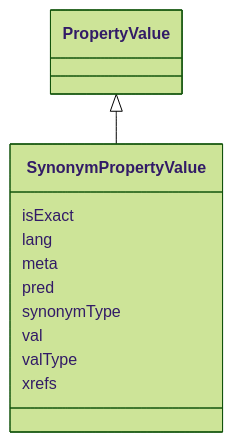
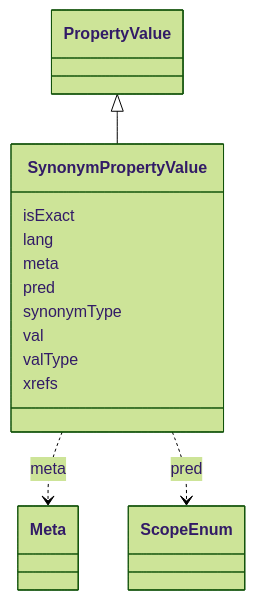
Before and after one commit to INCATools/ontology-access-kit: the diagram in obograph/SynonymPropertyValue.md, drawn with Mermaid (forest theme). The commit also changed other lines of this file and 1783 other files, not shown here.

````diff
--- a/obograph/SynonymPropertyValue.md
+++ b/obograph/SynonymPropertyValue.md
@@ -11,15 +11,27 @@
 ```{mermaid}
  classDiagram
     class SynonymPropertyValue
       PropertyValue <|-- SynonymPropertyValue
       
       SynonymPropertyValue : isExact
+        
       SynonymPropertyValue : lang
+        
       SynonymPropertyValue : meta
+        
+          SynonymPropertyValue ..> Meta : meta
+        
       SynonymPropertyValue : pred
+        
+          SynonymPropertyValue ..> ScopeEnum : pred
+        
       SynonymPropertyValue : synonymType
+        
       SynonymPropertyValue : val
+        
       SynonymPropertyValue : valType
+        
       SynonymPropertyValue : xrefs
+        
       
 ```
````
